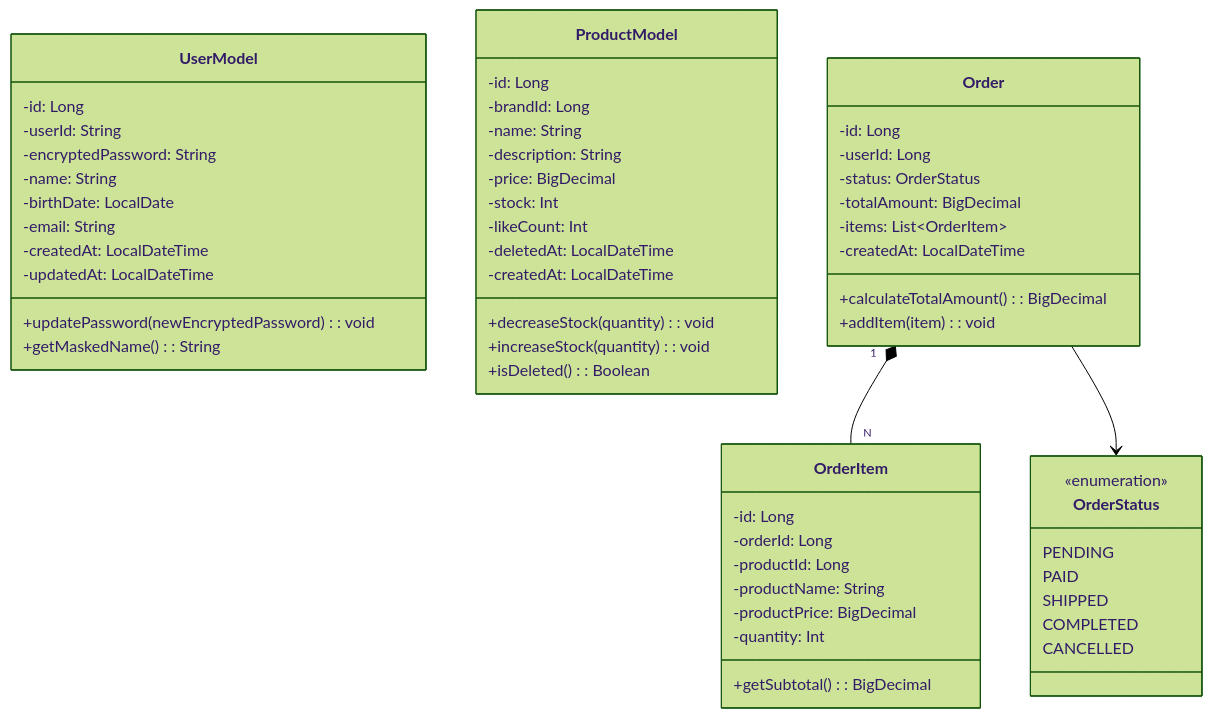
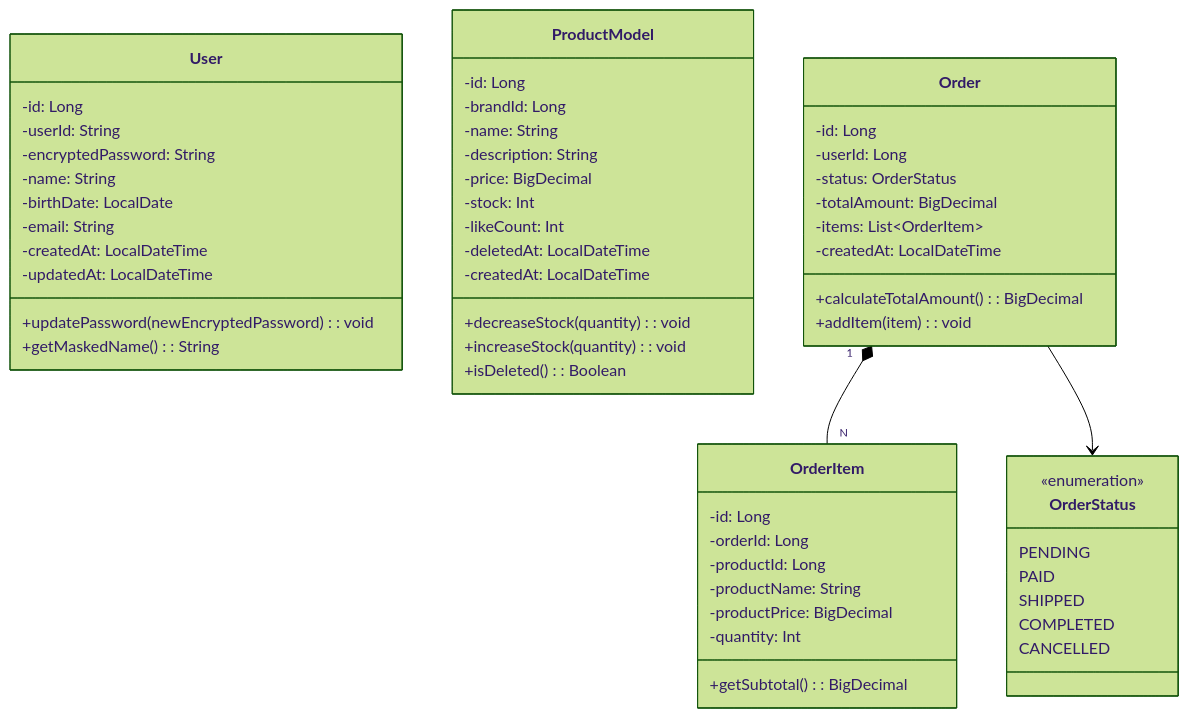
One commit to Loopers-dev-lab/loop-pack-be-l2-vol3-kotlin changed the ninth of 13 diagrams in .docs/design/03-class-diagram.md. Above: the diagram before and after it, drawn with Mermaid (forest theme). The commit also changed other lines of this file and 4 other files, not shown here.

````diff
--- a/.docs/design/03-class-diagram.md
+++ b/.docs/design/03-class-diagram.md
@@ -348,63 +588,63 @@
 ```mermaid
 classDiagram
-    class UserModel {
+    class User {
         -id: Long
         -userId: String
         -encryptedPassword: String
         -name: String
         -birthDate: LocalDate
         -email: String
         -createdAt: LocalDateTime
         -updatedAt: LocalDateTime
         +updatePassword(newEncryptedPassword): void
         +getMaskedName(): String
     }
 
     class ProductModel {
         -id: Long
         -brandId: Long
         -name: String
         -description: String
         -price: BigDecimal
         -stock: Int
         -likeCount: Int
         -deletedAt: LocalDateTime
         -createdAt: LocalDateTime
         +decreaseStock(quantity): void
         +increaseStock(quantity): void
         +isDeleted(): Boolean
     }
 
     class Order {
         -id: Long
         -userId: Long
         -status: OrderStatus
         -totalAmount: BigDecimal
         -items: List~OrderItem~
         -createdAt: LocalDateTime
         +calculateTotalAmount(): BigDecimal
         +addItem(item): void
     }
 
     class OrderItem {
         -id: Long
         -orderId: Long
         -productId: Long
         -productName: String
         -productPrice: BigDecimal
         -quantity: Int
         +getSubtotal(): BigDecimal
     }
 
     class OrderStatus {
         <<enumeration>>
         PENDING
         PAID
         SHIPPED
         COMPLETED
         CANCELLED
     }
 
     Order "1" *-- "N" OrderItem
     Order --> OrderStatus
 ```
````
